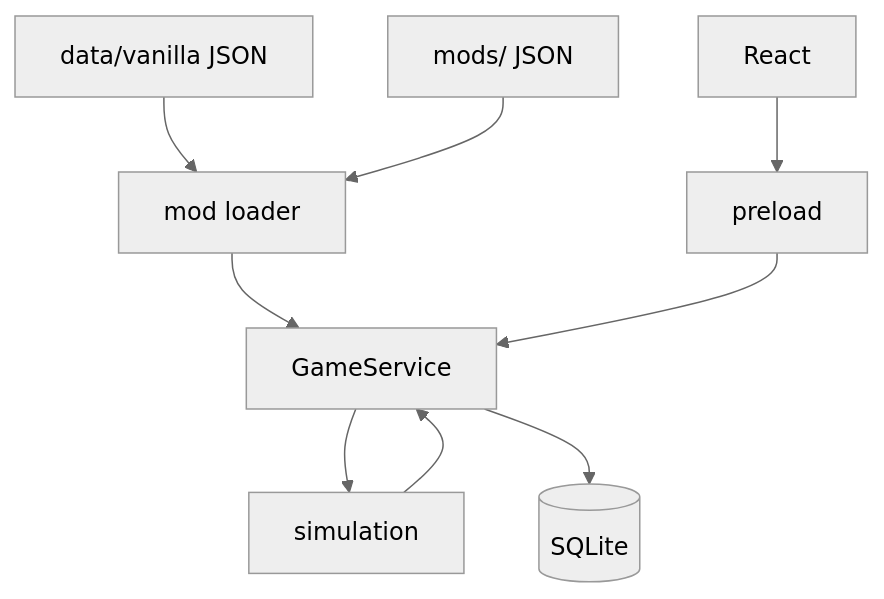
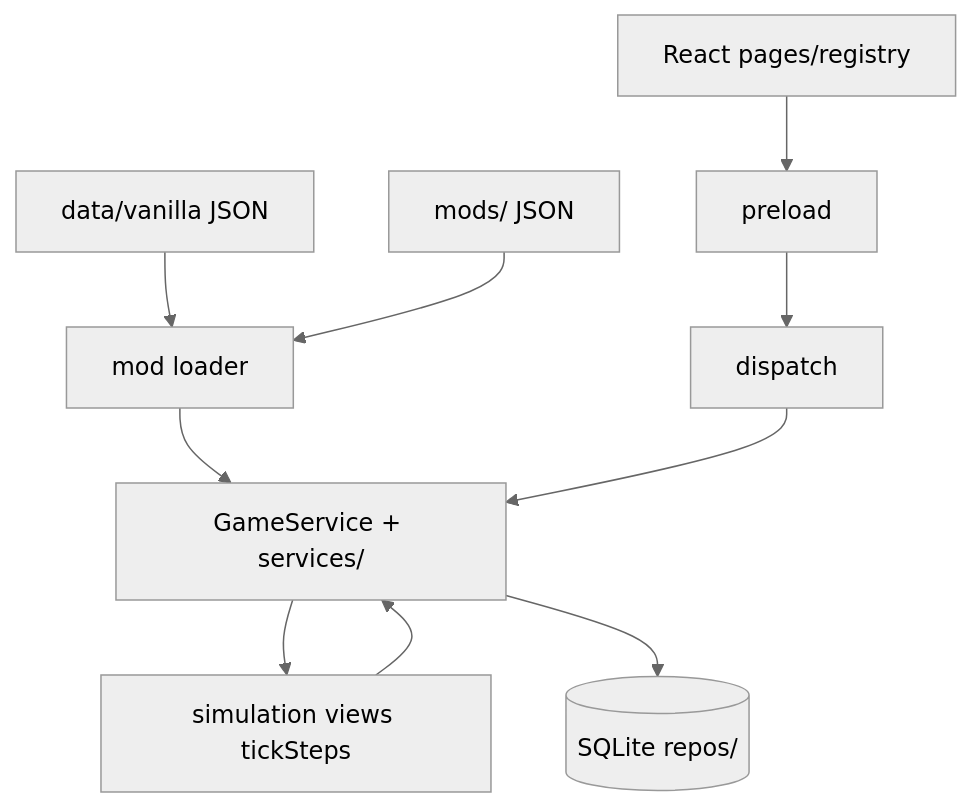
One commit to Beagle0913/Stellar-Ledger changed the diagram in README.md. Above: the diagram before and after it, drawn with Mermaid (neutral theme). The commit also changed other lines of this file and 86 other files, not shown here.

First line of the commit message:
Refactor architecture for faster feature development and refresh docs.

````diff
--- a/README.md
+++ b/README.md
@@ -164,10 +171,11 @@
 ```mermaid
 flowchart TB
   vanilla[data/vanilla JSON] --> mods[mod loader]
   extmods[mods/ JSON] --> mods
-  mods --> main[GameService]
-  renderer[React] --> preload --> main
-  main --> sim[simulation]
-  main --> db[(SQLite)]
-  sim --> main
+  mods --> svc[GameService + services/]
+  renderer[React pages/registry] --> preload --> dispatch
+  dispatch --> svc
+  svc --> sim[simulation views tickSteps]
+  svc --> db[(SQLite repos/)]
+  sim --> svc
 ```
````
